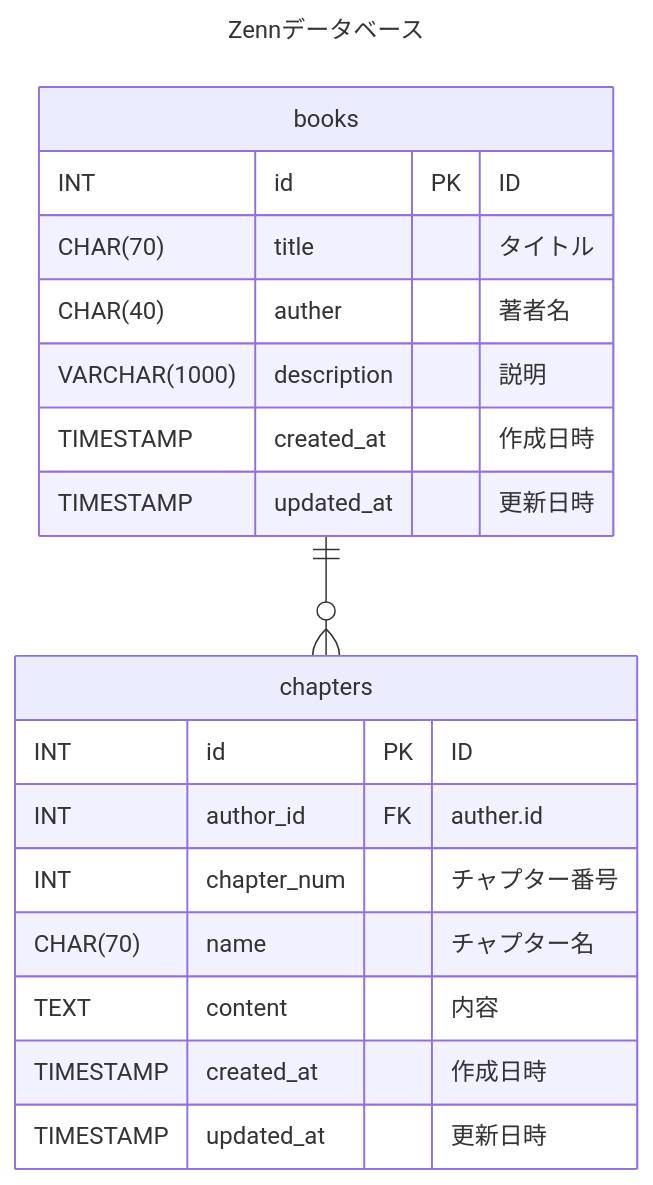
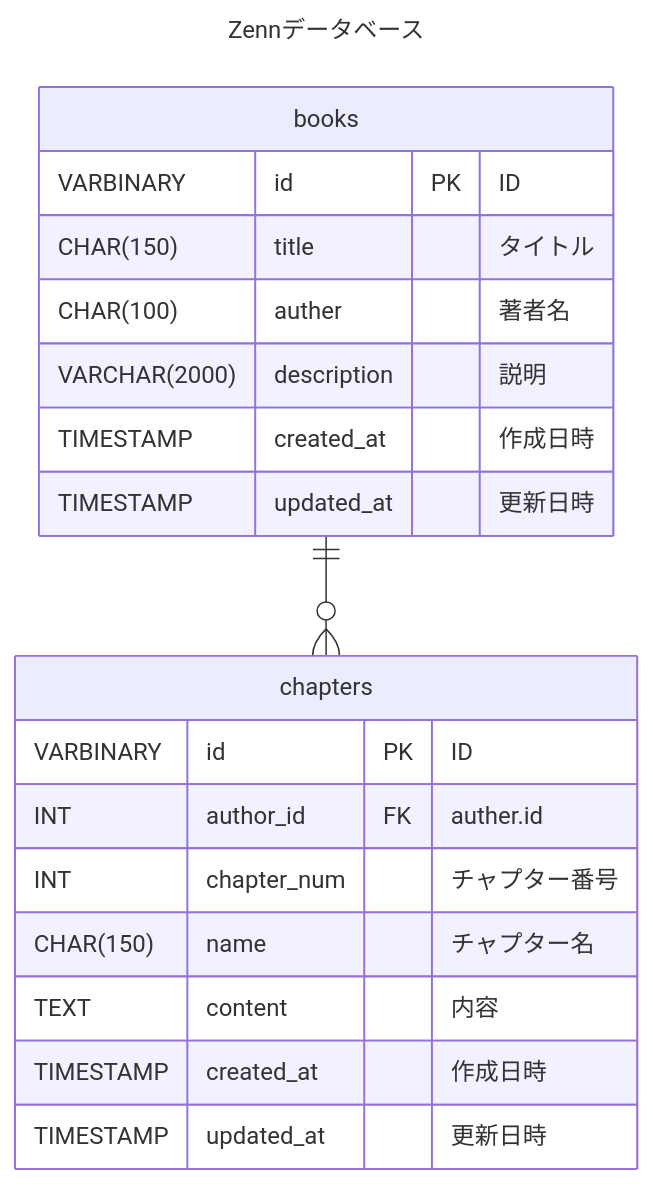
The diagram in ナレッジ/3.DB設計.md (LimeIvy/Zenn-Books-Clone), drawn with Mermaid before and after one commit. The commit also changed 4 other files, not shown here.

````diff
--- a/ナレッジ/3.DB設計.md
+++ b/ナレッジ/3.DB設計.md
@@ -3,26 +3,26 @@
 ```mermaid
 ---
 title: "Zennデータベース"
 ---
 erDiagram
     books ||--o{ chapters : ""
 
     books {
-        INT id PK "ID"
-        CHAR(70) title "タイトル"
-        CHAR(40) auther "著者名"
-        VARCHAR(1000) description "説明"
+        VARBINARY id PK "ID"
+        CHAR(150) title "タイトル"
+        CHAR(100) auther "著者名"
+        VARCHAR(2000) description "説明"
         TIMESTAMP created_at "作成日時"
         TIMESTAMP updated_at "更新日時"
     }
 
     chapters {
-        INT id PK "ID"
+        VARBINARY id PK "ID"
         INT author_id FK "auther.id"
         INT chapter_num "チャプター番号"
-        CHAR(70) name "チャプター名"
+        CHAR(150) name "チャプター名"
         TEXT content "内容"
         TIMESTAMP created_at "作成日時"
         TIMESTAMP updated_at "更新日時"
     }
 ```
````
